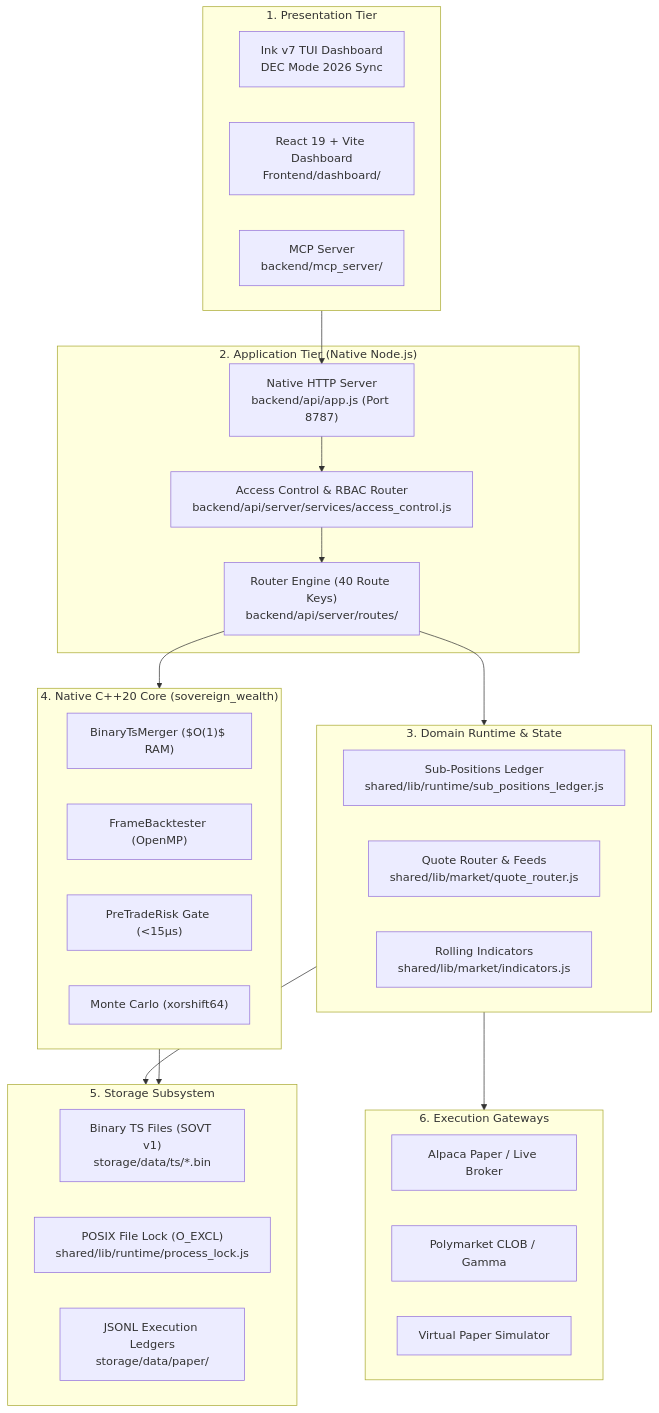
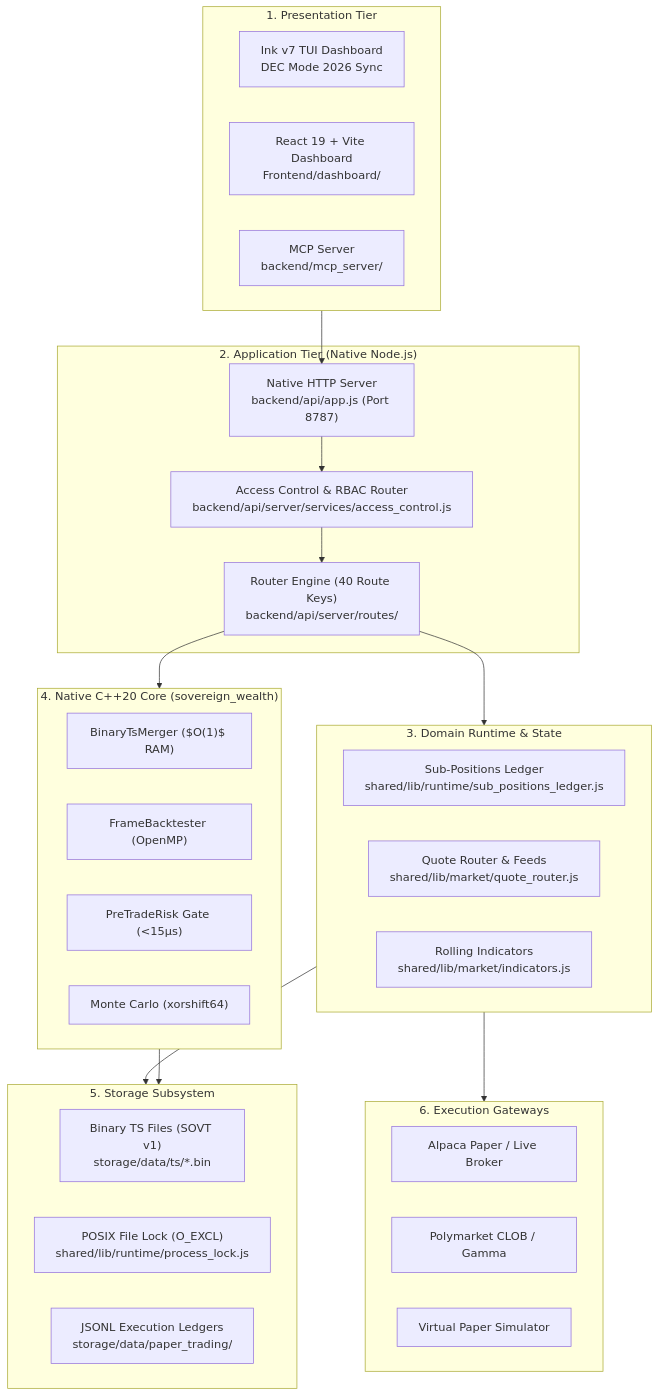
One commit to vgbn2/personal_finance_draft changed the first of 2 diagrams in docs/engineering/specs/technical_spec.md. Above: the diagram before and after it, drawn with Mermaid. The commit also changed other lines of this file and 34 other files, not shown here.

First line of the commit message:
fix(docs): remediate rendering crashes, root escapes, and architectural path drift (#4)

````diff
--- a/docs/engineering/specs/technical_spec.md
+++ b/docs/engineering/specs/technical_spec.md
@@ -9,48 +9,48 @@
 ```mermaid
 flowchart TD
     subgraph Tier1["1. Presentation Tier"]
         TUI["Ink v7 TUI Dashboard<br/>DEC Mode 2026 Sync"]
         VITE["React 19 + Vite Dashboard<br/>Frontend/dashboard/"]
         MCP["MCP Server<br/>backend/mcp_server/"]
     end
 
     subgraph Tier2["2. Application Tier (Native Node.js)"]
         HTTP["Native HTTP Server<br/>backend/api/app.js (Port 8787)"]
         ROUTER["Router Engine (40 Route Keys)<br/>backend/api/server/routes/"]
         RBAC["Access Control & RBAC Router<br/>backend/api/server/services/access_control.js"]
     end
 
     subgraph Tier3["3. Domain Runtime & State"]
         SUBPOS["Sub-Positions Ledger<br/>shared/lib/runtime/sub_positions_ledger.js"]
         QUOTE["Quote Router & Feeds<br/>shared/lib/market/quote_router.js"]
         IND["Rolling Indicators<br/>shared/lib/market/indicators.js"]
     end
 
     subgraph Tier4["4. Native C++20 Core (sovereign_wealth)"]
         MERGE["BinaryTsMerger ($O(1)$ RAM)"]
         BACKTEST["FrameBacktester (OpenMP)"]
         RISK["PreTradeRisk Gate (<15µs)"]
         STATS["Monte Carlo (xorshift64)"]
     end
 
     subgraph Tier5["5. Storage Subsystem"]
         BIN["Binary TS Files (SOVT v1)<br/>storage/data/ts/*.bin"]
         LOCK["POSIX File Lock (O_EXCL)<br/>shared/lib/runtime/process_lock.js"]
-        JSONL["JSONL Execution Ledgers<br/>storage/data/paper/"]
+        JSONL["JSONL Execution Ledgers<br/>storage/data/paper_trading/"]
     end
 
     subgraph Tier6["6. Execution Gateways"]
         ALPACA["Alpaca Paper / Live Broker"]
         POLY["Polymarket CLOB / Gamma"]
         PAPER["Virtual Paper Simulator"]
     end
 
     Tier1 --> HTTP
     HTTP --> RBAC
     RBAC --> ROUTER
     ROUTER --> Tier3
     ROUTER --> Tier4
     Tier3 --> Tier5
     Tier4 --> Tier5
     Tier3 --> Tier6
 ```
````
